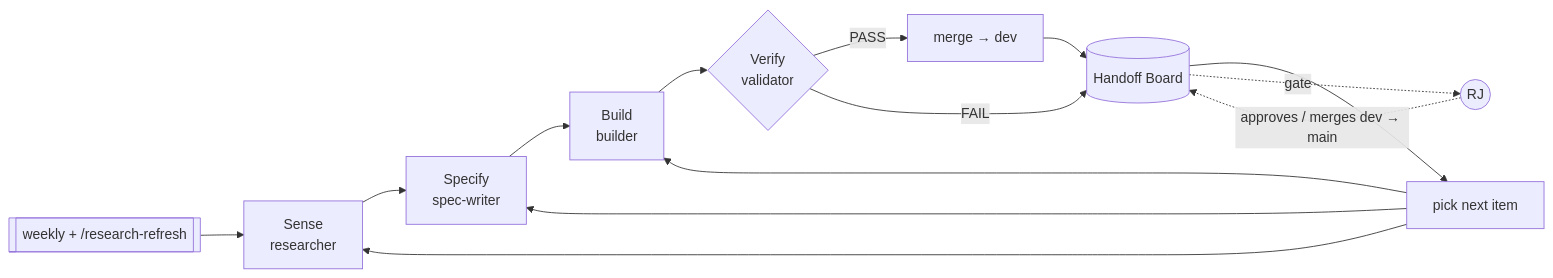
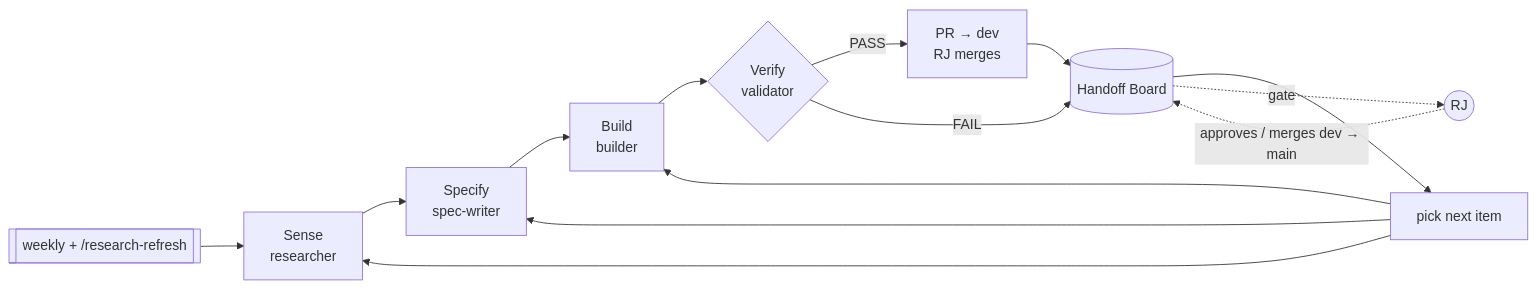
The diagram in brain/07-Loop/Loop Protocol.md (Rayven-D/RiftboundDeckBuilder), drawn with Mermaid before and after one commit. The commit also changed other lines of this file and 3 other files, not shown here.

````diff
--- a/brain/07-Loop/Loop Protocol.md
+++ b/brain/07-Loop/Loop Protocol.md
@@ -13,14 +13,14 @@
 ```mermaid
 flowchart LR
   Sense[Sense<br/>researcher] --> Spec[Specify<br/>spec-writer]
   Spec --> Build[Build<br/>builder]
   Build --> Verify{Verify<br/>validator}
-  Verify -- PASS --> Merge[merge → dev]
+  Verify -- PASS --> Merge[PR → dev<br/>RJ merges]
   Verify -- FAIL --> Board[(Handoff Board)]
   Merge --> Board
   Board --> Pick[pick next item]
   Pick --> Sense & Spec & Build
   Board -. gate .-> RJ((RJ))
   RJ -. approves / merges dev → main .-> Board
   Cron[[weekly + /research-refresh]] --> Sense
 ```
````
